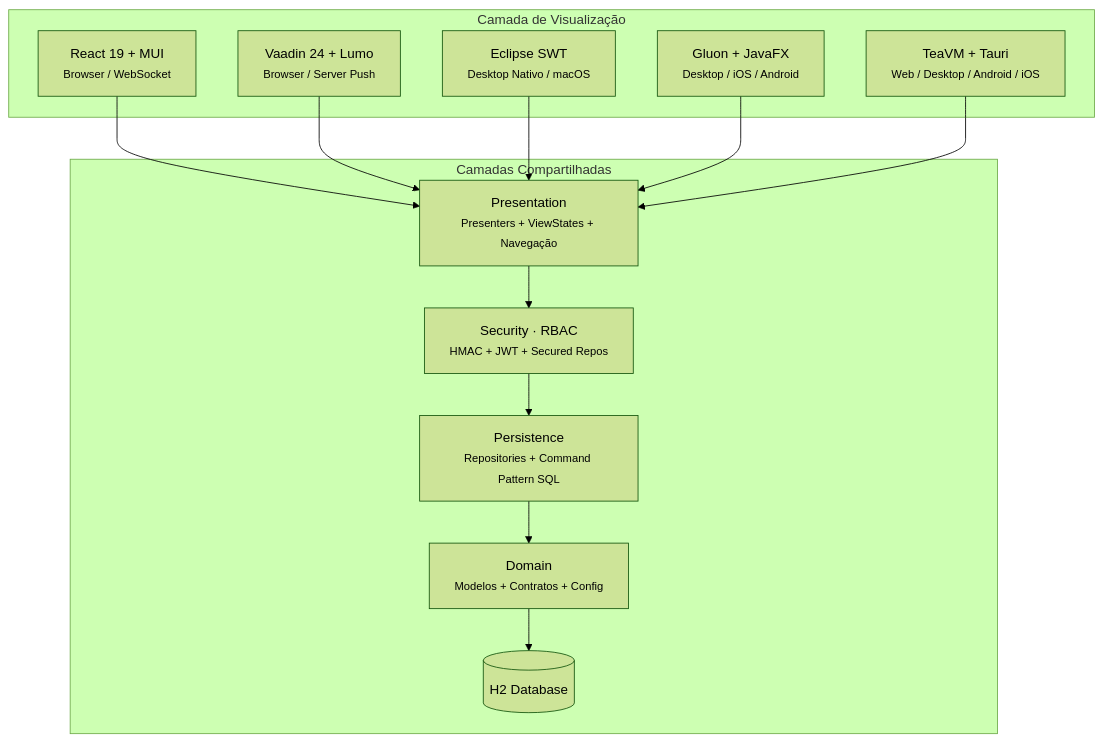
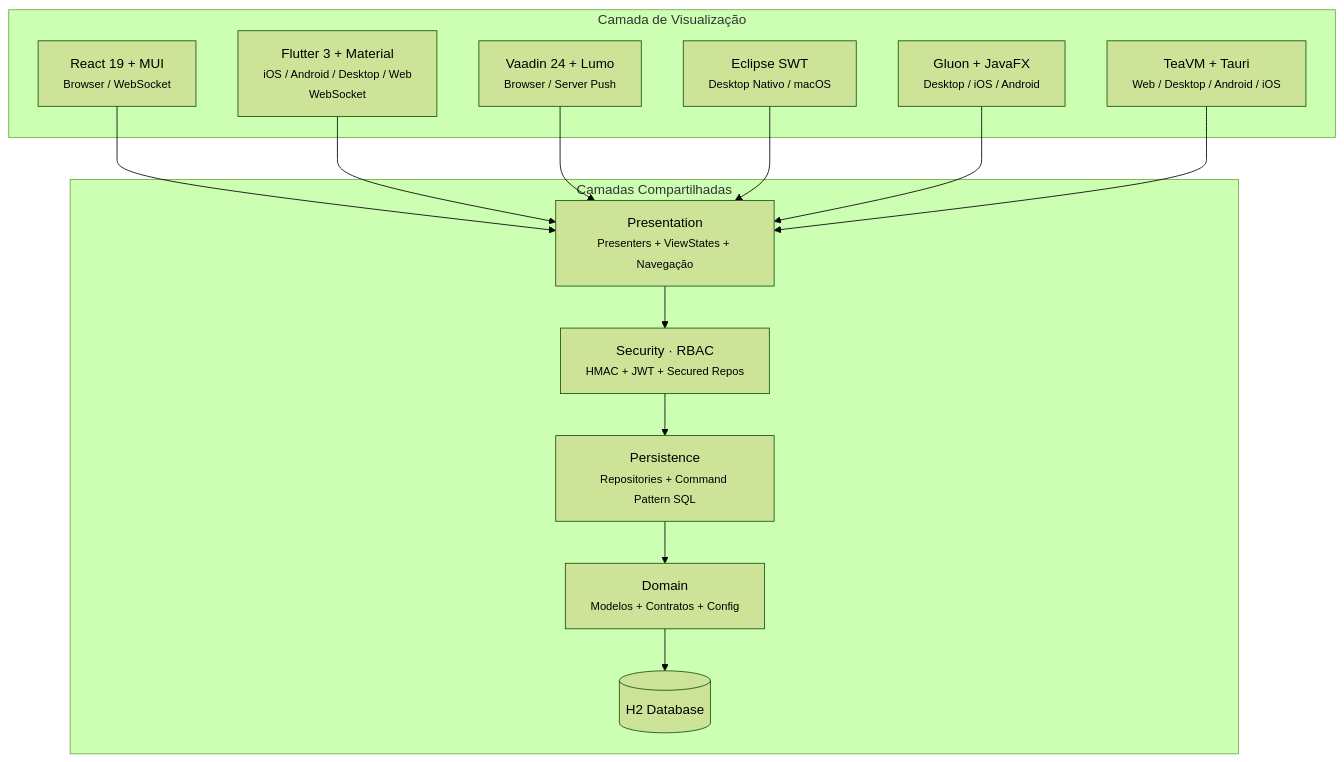
Before and after one commit to mrcdom/wdc-cube-java-v2: the first of 3 diagrams in README.md, drawn with Mermaid (forest theme). The commit also changed other lines of this file, not shown here.

First line of the commit message:
📝 [DOCS] README raiz: adicionar Flutter como 6º frontend

````diff
--- a/README.md
+++ b/README.md
@@ -9,25 +9,27 @@
 ```mermaid
 graph TD
     subgraph Views["Camada de Visualização"]
         R["React 19 + MUI<br/><small>Browser / WebSocket</small>"]
+        FL["Flutter 3 + Material<br/><small>iOS / Android / Desktop / Web<br/>WebSocket</small>"]
         V["Vaadin 24 + Lumo<br/><small>Browser / Server Push</small>"]
         SW["Eclipse SWT<br/><small>Desktop Nativo / macOS</small>"]
         GLN["Gluon + JavaFX<br/><small>Desktop / iOS / Android</small>"]
         TVM["TeaVM + Tauri<br/><small>Web / Desktop / Android / iOS</small>"]
     end
 
     subgraph Core["Camadas Compartilhadas"]
         P["Presentation<br/><small>Presenters + ViewStates + Navegação</small>"]
         SEC["Security · RBAC<br/><small>HMAC + JWT + Secured Repos</small>"]
         PER["Persistence<br/><small>Repositories + Command Pattern SQL</small>"]
         DOM["Domain<br/><small>Modelos + Contratos + Config</small>"]
         DB[("H2 Database")]
     end
 
     R --> P
+    FL --> P
     V --> P
     SW --> P
     GLN --> P
     TVM --> P
     P --> SEC --> PER --> DOM --> DB
 ```
````
